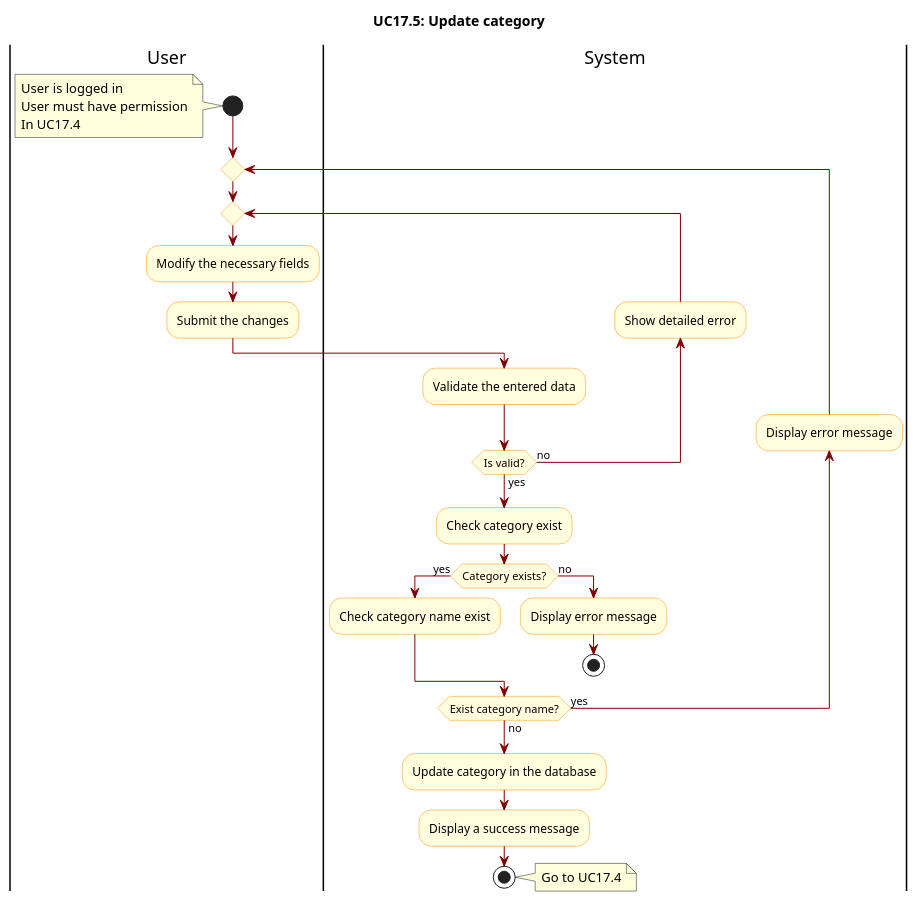
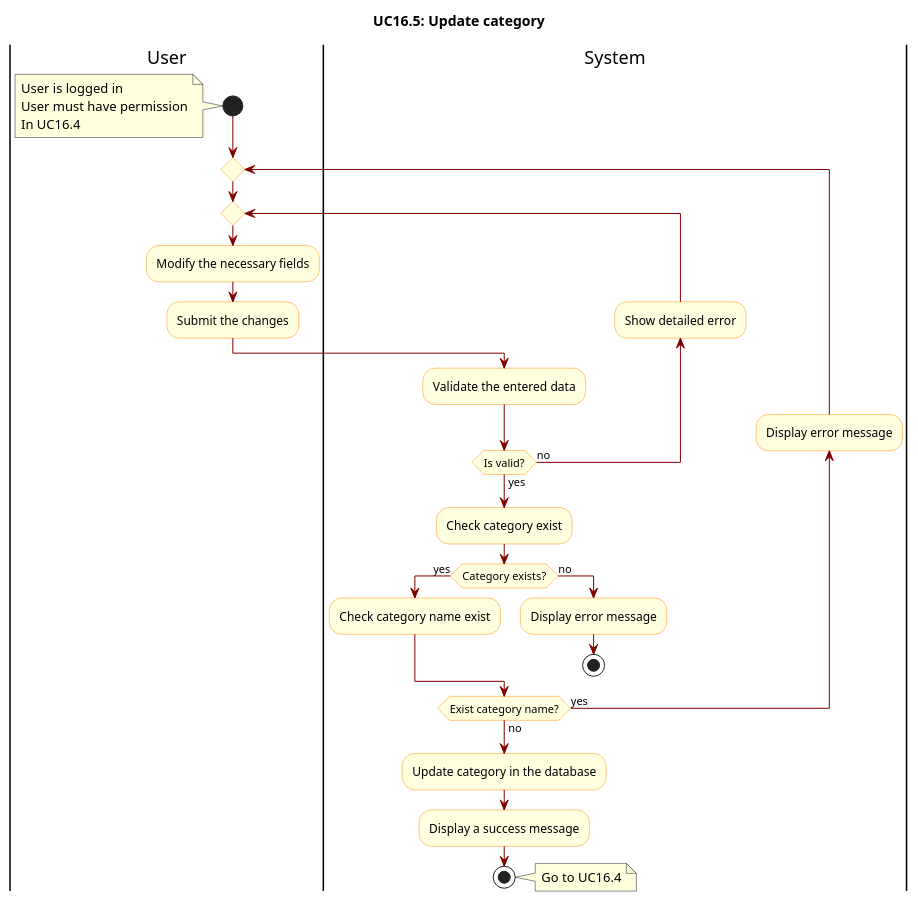
One commit to hiusnguyen201/BE_ClothingShop changed the diagram in docs/activity diagram/UC17.5-UpdateCategory.wsd. Above: the diagram before and after it, drawn with PlantUML. The commit also changed 79 other files, not shown here.

Commit message:
#73 thuongbsls2004 fix activity diagram

```diff
--- a/docs/activity diagram/UC17.5-UpdateCategory.wsd
+++ b/docs/activity diagram/UC17.5-UpdateCategory.wsd
@@ -1,47 +1,47 @@
 @startuml
 
 skinparam ActivityBackgroundColor LightYellow
 skinparam ActivityBorderColor DarkOrange
 skinparam ArrowColor Maroon
 
-title UC17.5: Update category
+title UC16.5: Update category
 
 |User|
 start
 note left
     User is logged in  
     User must have permission
-    In UC17.4
+    In UC16.4
 end note
 
 repeat 
     repeat 
         |User|
         :Modify the necessary fields;
         :Submit the changes;
 
         |System|
         :Validate the entered data;
 
         backward :Show detailed error;
     repeat while(Is valid?) is(no) not(yes)
 
     :Check category exist;
     if(Category exists?) then(yes)
         :Check category name exist;
     else(no)
         :Display error message;
         stop
     endif
 
     backward :Display error message;
 repeat while(Exist category name?) is(yes) not(no)
 
 :Update category in the database;
 :Display a success message;
 stop
 note right
-    Go to UC17.4
+    Go to UC16.4
 end note
 
 @enduml
```
